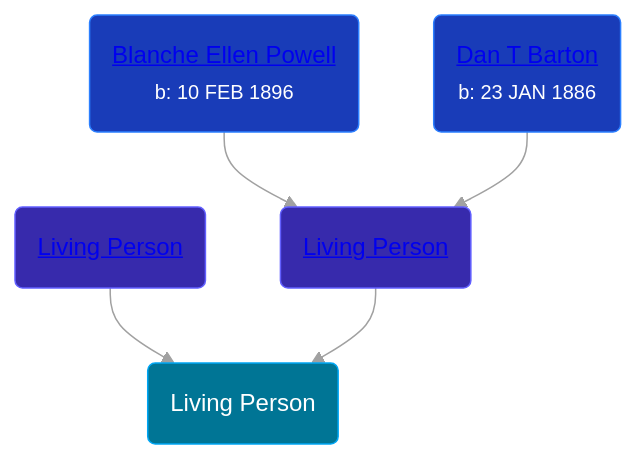
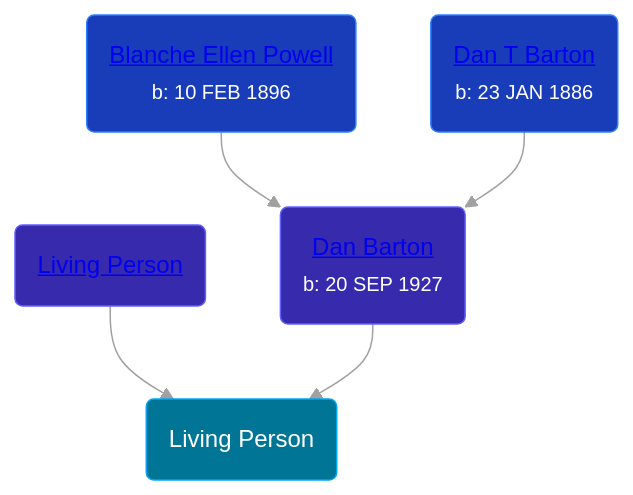
The diagram in pages/people/6/68347050.md (wpmgotkh/wpmgotkh.github.io), drawn with Mermaid before and after one commit. The commit also changed other lines of this file and 56 other files, not shown here.

````diff
--- a/pages/people/6/68347050.md
+++ b/pages/people/6/68347050.md
@@ -10,12 +10,12 @@
 ```mermaid
 graph
 classDef grands fill:#193cb8,stroke:#2b7fff,stroke-width:1px,color:#fff;
 classDef parents fill:#372aac,stroke:#615fff,stroke-width:1px,color:#fff;
 classDef primary fill:#007595,stroke:#00a6f4,stroke-width:1px,color:#fff;
 68347050(Living Person):::primary
 54802016(<a class="text-white" href="/people/5/54802016">Living Person</a>):::parents-->68347050
-77714466(<a class="text-white" href="/people/7/77714466">Living Person</a>):::parents-->68347050
+77714466(<a class="text-white" href="/people/7/77714466">Dan Barton</a><br /><small>b: 20 SEP 1927</small>):::parents-->68347050
 88023024(<a class="text-white" href="/people/8/88023024">Blanche Ellen Powell</a><br /><small>b: 10 FEB 1896</small>):::grands-->77714466
 95106328(<a class="text-white" href="/people/9/95106328">Dan T Barton</a><br /><small>b: 23 JAN 1886</small>):::grands-->77714466
 linkStyle default stroke:#a1a1a1
 ```
````
